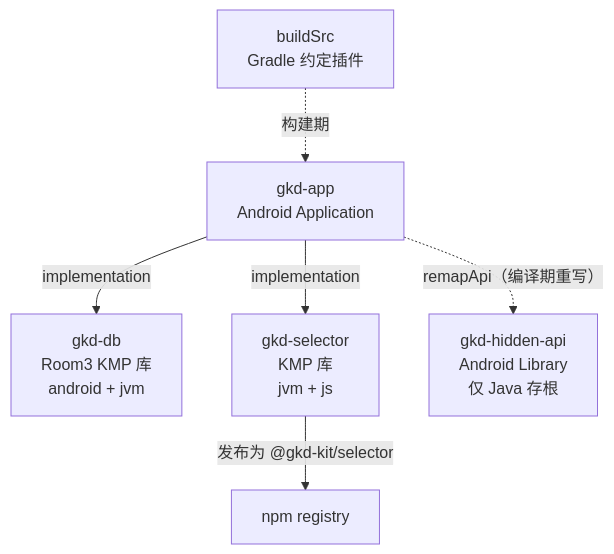
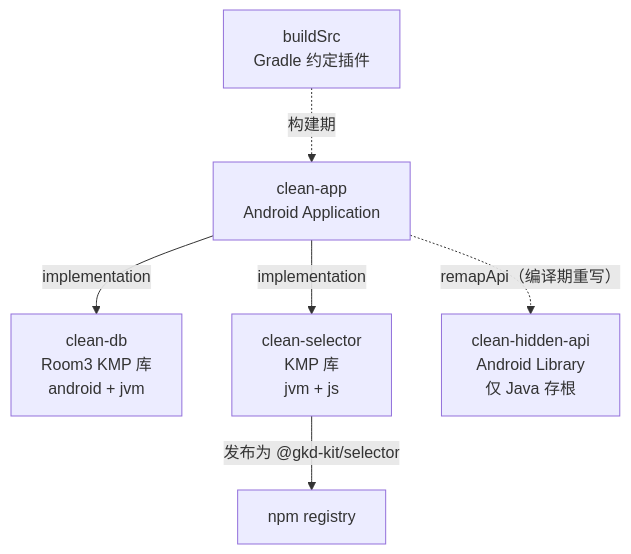
The first of 5 diagrams in docs/02-architecture.md (jwjwj2j/clean), drawn with Mermaid before and after one commit. The commit also changed other lines of this file and 475 other files, not shown here.

First line of the commit message:
refactor: 模块目录 gkd-* 改名 clean-*；README 增加捐赠区

````diff
--- a/docs/02-architecture.md
+++ b/docs/02-architecture.md
@@ -10,14 +10,14 @@
 ```mermaid
 flowchart TD
-    app["gkd-app<br/>Android Application"]
+    app["clean-app<br/>Android Application"]
 
-    db["gkd-db<br/>Room3 KMP 库<br/>android + jvm"]
-    sel["gkd-selector<br/>KMP 库<br/>jvm + js"]
-    hid["gkd-hidden-api<br/>Android Library<br/>仅 Java 存根"]
+    db["clean-db<br/>Room3 KMP 库<br/>android + jvm"]
+    sel["clean-selector<br/>KMP 库<br/>jvm + js"]
+    hid["clean-hidden-api<br/>Android Library<br/>仅 Java 存根"]
 
     app -->|implementation| db
     app -->|implementation| sel
     app -.->|"remapApi（编译期重写）"| hid
     sel -->|"发布为 @gkd-kit/selector"| npm["npm registry"]
     buildSrc["buildSrc<br/>Gradle 约定插件"] -.->|"构建期"| app
 ```
````
